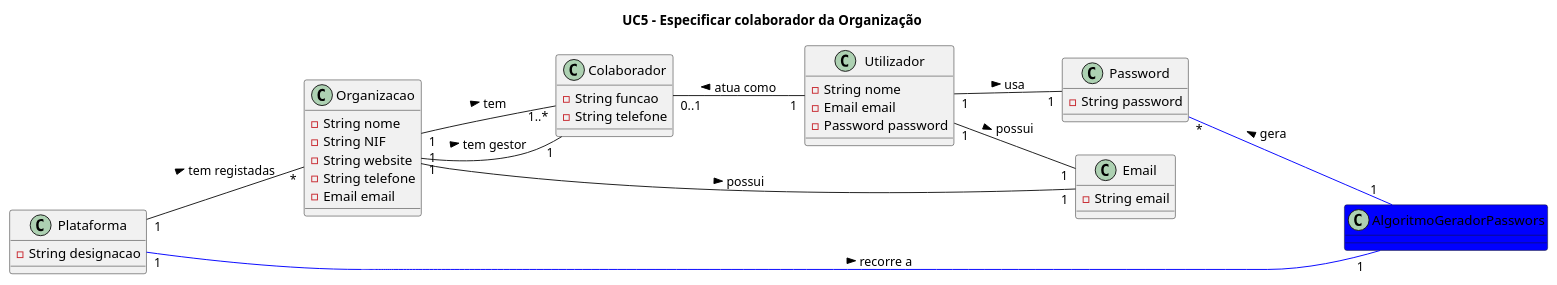
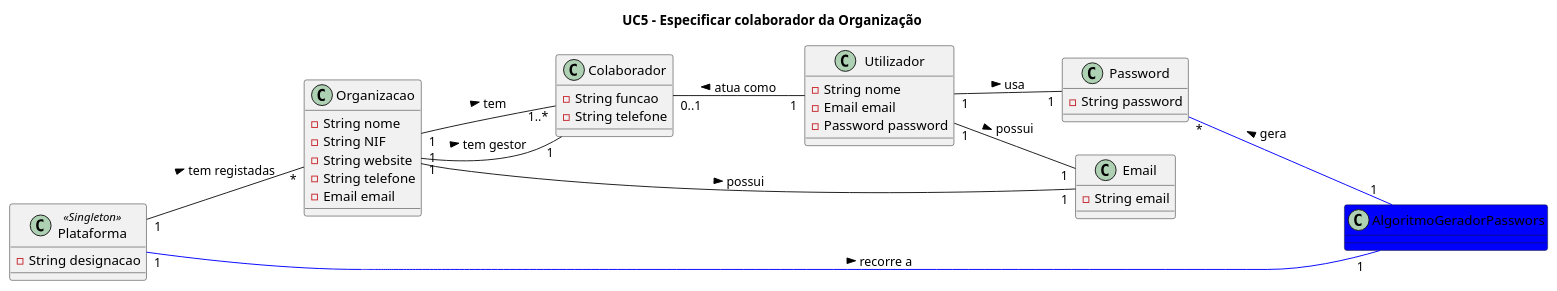
The diagram in Documentação/Sprint 2/UC05_Especificar_Colaborador_Organizacao/UC05_Especificar_Colaborador_Modelo_Dominio.puml (blestonbandeiraUPSKILL/upskill_java1_labprg_grupo2), drawn with PlantUML before and after one commit. The commit also changed 10 other files, not shown here.

```diff
--- a/Documentação/Sprint 2/UC05_Especificar_Colaborador_Organizacao/UC05_Especificar_Colaborador_Modelo_Dominio.puml
+++ b/Documentação/Sprint 2/UC05_Especificar_Colaborador_Organizacao/UC05_Especificar_Colaborador_Modelo_Dominio.puml
@@ -1,56 +1,56 @@
 @startuml
 title UC5 - Especificar colaborador da Organização
 left to right direction
 
-class Plataforma {
+class Plataforma <<Singleton>>{
     -String designacao
 }
 
 class Organizacao {
     -String nome
     -String NIF
     -String website
     -String telefone
     -Email email
 }
 
 class Colaborador {
     -String funcao
     -String telefone
 }
 
 class Email {
     -String email
 }
 
 class Password {
     -String password
 }
 
 class Utilizador{
     -String nome
     -Email email
     -Password password
 }
 
 class AlgoritmoGeradorPasswors #blue{
 }
 
 Plataforma "1" -- "*" Organizacao: tem registadas >
 Organizacao "1" -- "1..*" Colaborador: tem >
 Organizacao "1" -- "1" Colaborador: tem gestor >
 Colaborador "0..1" -- "1" Utilizador: atua como <
 Organizacao "1" -- "1"Email: possui >
 Utilizador"1" -- "1"Password: usa >
 Utilizador "1" -- "1"Email: possui >
 
 
 Plataforma "1" -down[#blue]-- "1" AlgoritmoGeradorPasswors: recorre a >
 
 AlgoritmoGeradorPasswors "1" --up[#blue]- "*"Password: gera >
 
 
 
 
 
 @enduml
```
